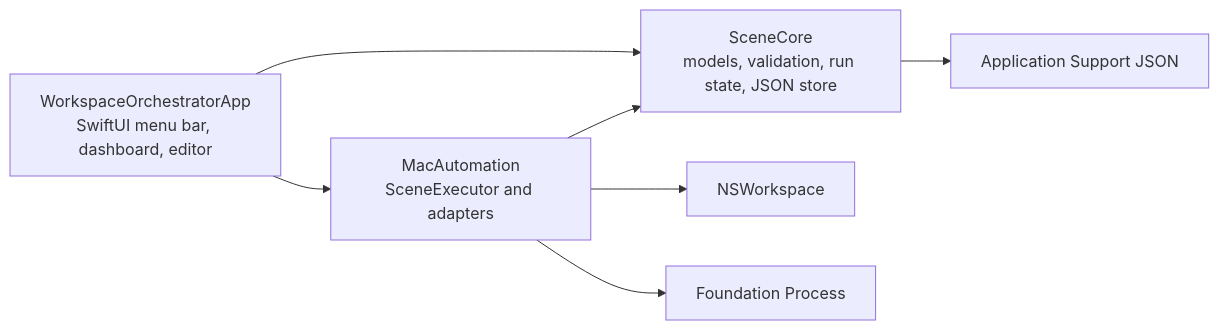
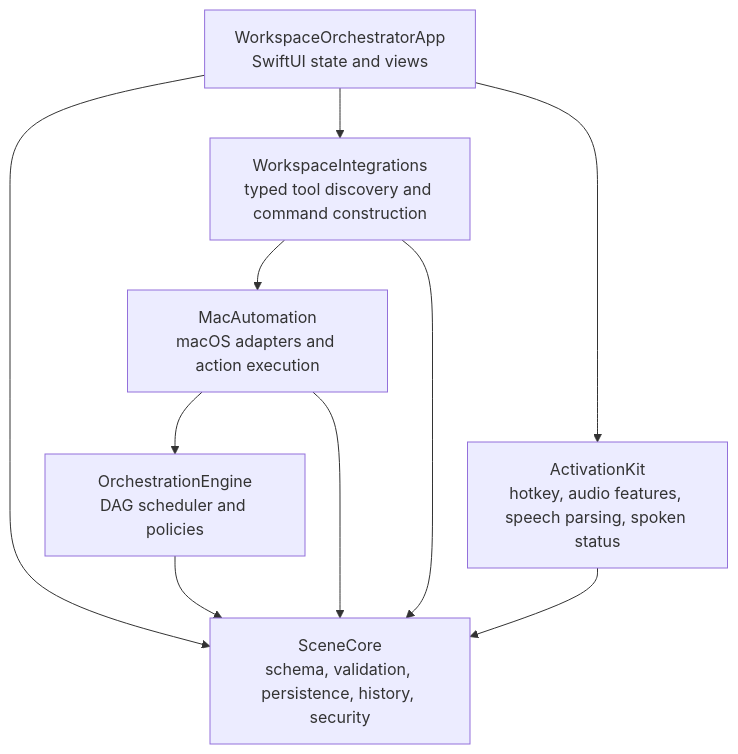
Before and after one commit to ahmadmemon/workspace-orchestrator: the diagram in docs/ARCHITECTURE.md, drawn with Mermaid. The commit also changed other lines of this file and 22 other files, not shown here.

````diff
--- a/docs/ARCHITECTURE.md
+++ b/docs/ARCHITECTURE.md
@@ -7,9 +7,12 @@
 ```mermaid
-flowchart LR
-    UI["WorkspaceOrchestratorApp\nSwiftUI menu bar, dashboard, editor"] --> CORE["SceneCore\nmodels, validation, run state, JSON store"]
-    UI --> AUTO["MacAutomation\nSceneExecutor and adapters"]
-    AUTO --> CORE
-    AUTO --> NS["NSWorkspace"]
-    AUTO --> FP["Foundation Process"]
-    CORE --> FS["Application Support JSON"]
+flowchart TD
+  App["WorkspaceOrchestratorApp\nSwiftUI state and views"] --> Core["SceneCore\nschema, validation, persistence, history, security"]
+  App --> Activation["ActivationKit\nhotkey, audio features, speech parsing, spoken status"]
+  App --> Integrations["WorkspaceIntegrations\ntyped tool discovery and command construction"]
+  Integrations --> Automation["MacAutomation\nmacOS adapters and action execution"]
+  Automation --> Engine["OrchestrationEngine\nDAG scheduler and policies"]
+  Engine --> Core
+  Automation --> Core
+  Integrations --> Core
+  Activation --> Core
 ```
````
